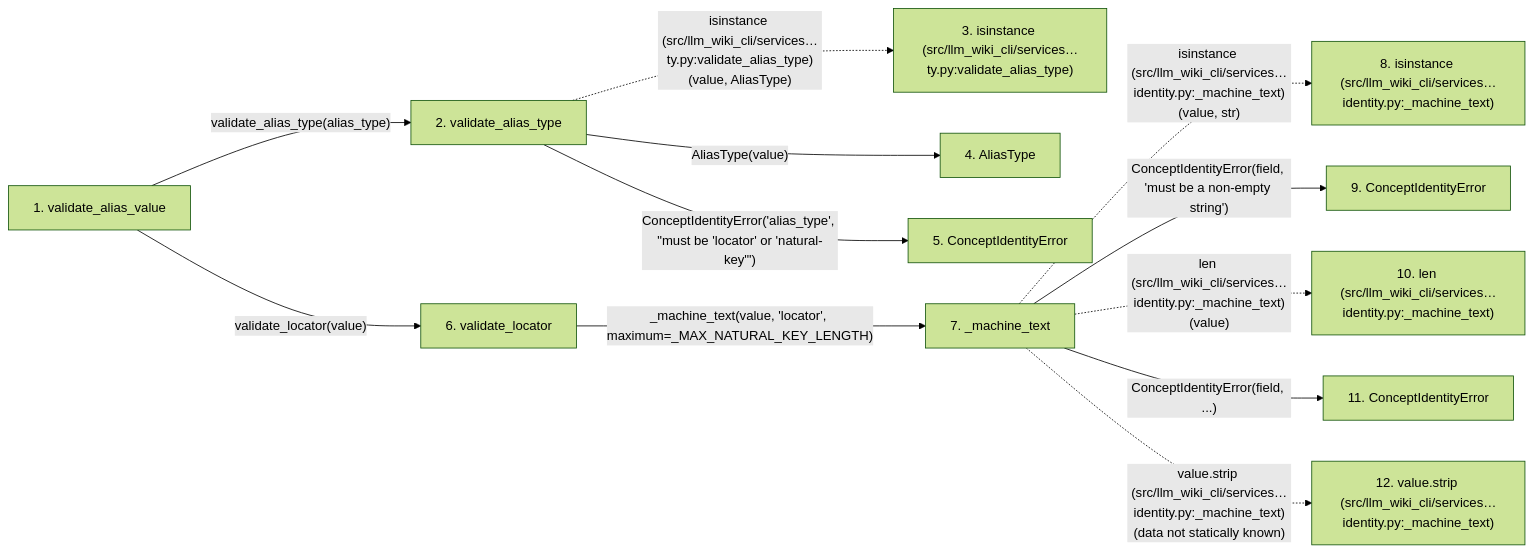
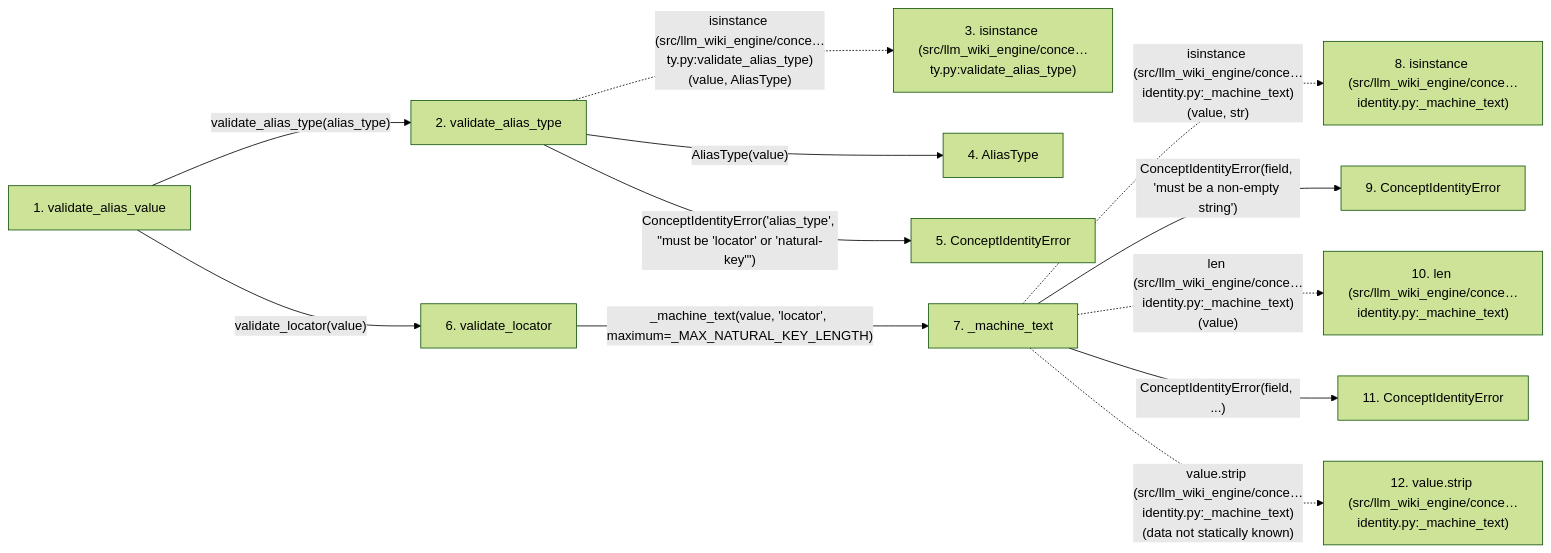
Before and after one commit to Denissvgn/python-wiki-llm: the second of 2 diagrams in docs/llm_wiki/flows/api-validate_alias_value.md, drawn with Mermaid (forest theme). The commit also changed other lines of this file and 1103 other files, not shown here.

First line of the commit message:
docs: refresh the wiki for the llm-wiki-engine distribution

````diff
--- a/docs/llm_wiki/flows/api-validate_alias_value.md
+++ b/docs/llm_wiki/flows/api-validate_alias_value.md
@@ -129,34 +129,34 @@
 ```mermaid
 flowchart LR
     s1["1. validate_alias_value"]
     s2["2. validate_alias_type"]
-    s3["3. isinstance (src/llm_wiki_cli/services…ty.py:validate_alias_type)"]
+    s3["3. isinstance (src/llm_wiki_engine/conce…ty.py:validate_alias_type)"]
     s4["4. AliasType"]
     s5["5. ConceptIdentityError"]
     s6["6. validate_locator"]
     s7["7. _machine_text"]
-    s8["8. isinstance (src/llm_wiki_cli/services…identity.py:_machine_text)"]
+    s8["8. isinstance (src/llm_wiki_engine/conce…identity.py:_machine_text)"]
     s9["9. ConceptIdentityError"]
-    s10["10. len (src/llm_wiki_cli/services…identity.py:_machine_text)"]
+    s10["10. len (src/llm_wiki_engine/conce…identity.py:_machine_text)"]
     s11["11. ConceptIdentityError"]
-    s12["12. value.strip (src/llm_wiki_cli/services…identity.py:_machine_text)"]
+    s12["12. value.strip (src/llm_wiki_engine/conce…identity.py:_machine_text)"]
     s1 -->|"validate_alias_type(alias_type)"| s2
-    s2 -. "isinstance (src/llm_wiki_cli/services…ty.py:validate_alias_type)(value, AliasType)" .-> s3
+    s2 -. "isinstance (src/llm_wiki_engine/conce…ty.py:validate_alias_type)(value, AliasType)" .-> s3
     s2 -->|"AliasType(value)"| s4
     s2 -->|"ConceptIdentityError('alias_type', #34;must be 'locator' or 'natural-key'#34;)"| s5
     s1 -->|"validate_locator(value)"| s6
     s6 -->|"_machine_text(value, 'locator', maximum=_MAX_NATURAL_KEY_LENGTH)"| s7
-    s7 -. "isinstance (src/llm_wiki_cli/services…identity.py:_machine_text)(value, str)" .-> s8
+    s7 -. "isinstance (src/llm_wiki_engine/conce…identity.py:_machine_text)(value, str)" .-> s8
     s7 -->|"ConceptIdentityError(field, 'must be a non-empty string')"| s9
-    s7 -. "len (src/llm_wiki_cli/services…identity.py:_machine_text)(value)" .-> s10
+    s7 -. "len (src/llm_wiki_engine/conce…identity.py:_machine_text)(value)" .-> s10
     s7 -->|"ConceptIdentityError(field, ...)"| s11
-    s7 -. "value.strip (src/llm_wiki_cli/services…identity.py:_machine_text)(data not statically known)" .-> s12
+    s7 -. "value.strip (src/llm_wiki_engine/conce…identity.py:_machine_text)(data not statically known)" .-> s12
     click s1 "../modules/concept_identity.md"
     click s2 "../modules/concept_identity.md"
     click s4 "../modules/concept_identity.md"
     click s5 "../modules/concept_identity.md"
     click s6 "../modules/concept_identity.md"
     click s7 "../modules/concept_identity.md"
     click s9 "../modules/concept_identity.md"
     click s11 "../modules/concept_identity.md"
 ```
````
